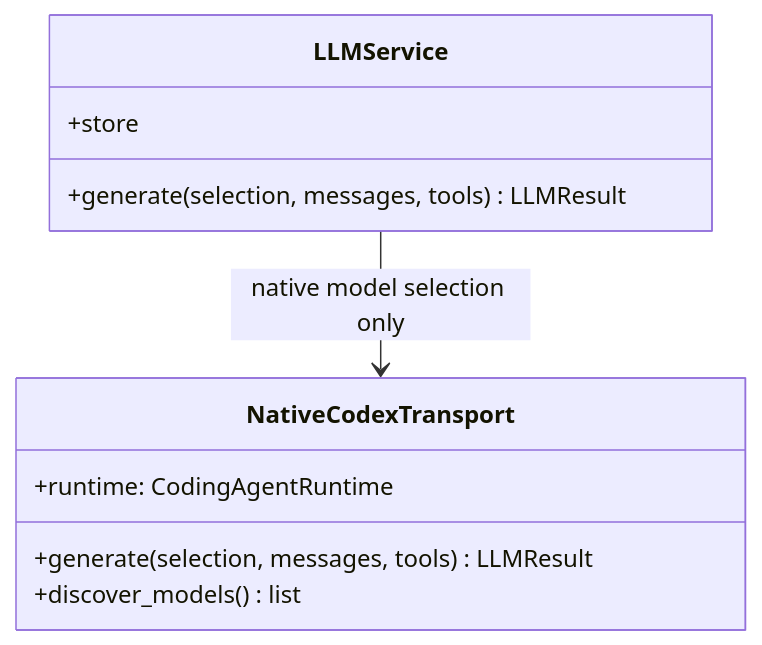
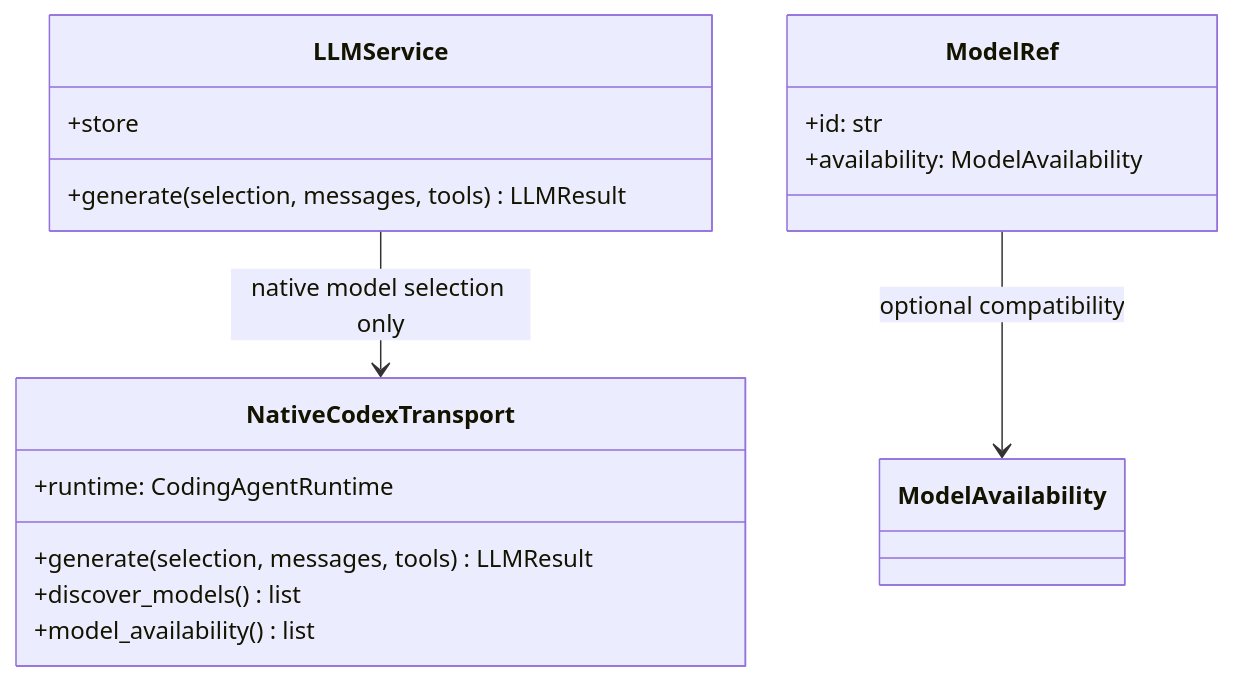
Diagram 12 of 13 in docs/en/architecture/uml.md (BillShiyaoZhang/ambient-agent), drawn with Mermaid before and after one commit. The commit also changed other lines of this file and 30 other files, not shown here.

````diff
--- a/docs/en/architecture/uml.md
+++ b/docs/en/architecture/uml.md
@@ -384,13 +390,19 @@
 ```mermaid
 classDiagram
     class LLMService {
         +store
         +generate(selection, messages, tools) LLMResult
     }
     class NativeCodexTransport {
         +runtime: CodingAgentRuntime
         +generate(selection, messages, tools) LLMResult
         +discover_models() list
+        +model_availability() list
     }
     LLMService --> NativeCodexTransport : native model selection only
+    class ModelRef {
+        +id: str
+        +availability: ModelAvailability
+    }
+    ModelRef --> ModelAvailability : optional compatibility
 ```
````
